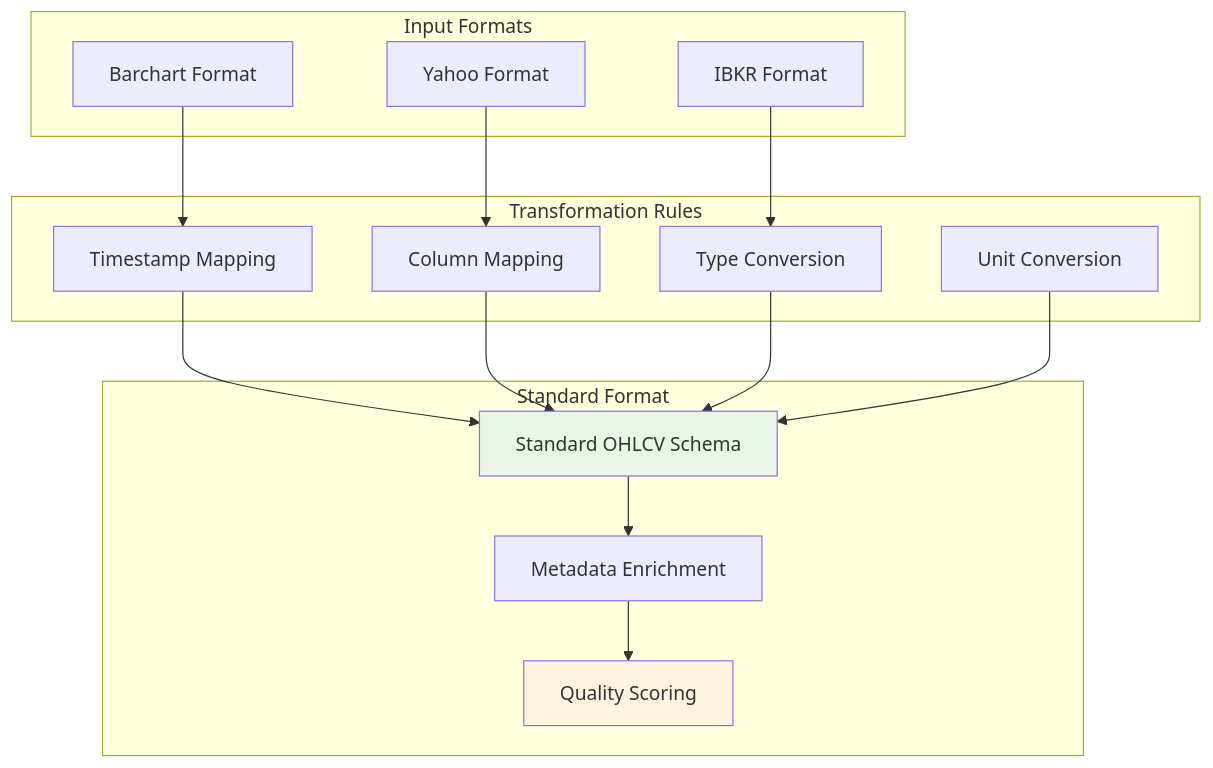
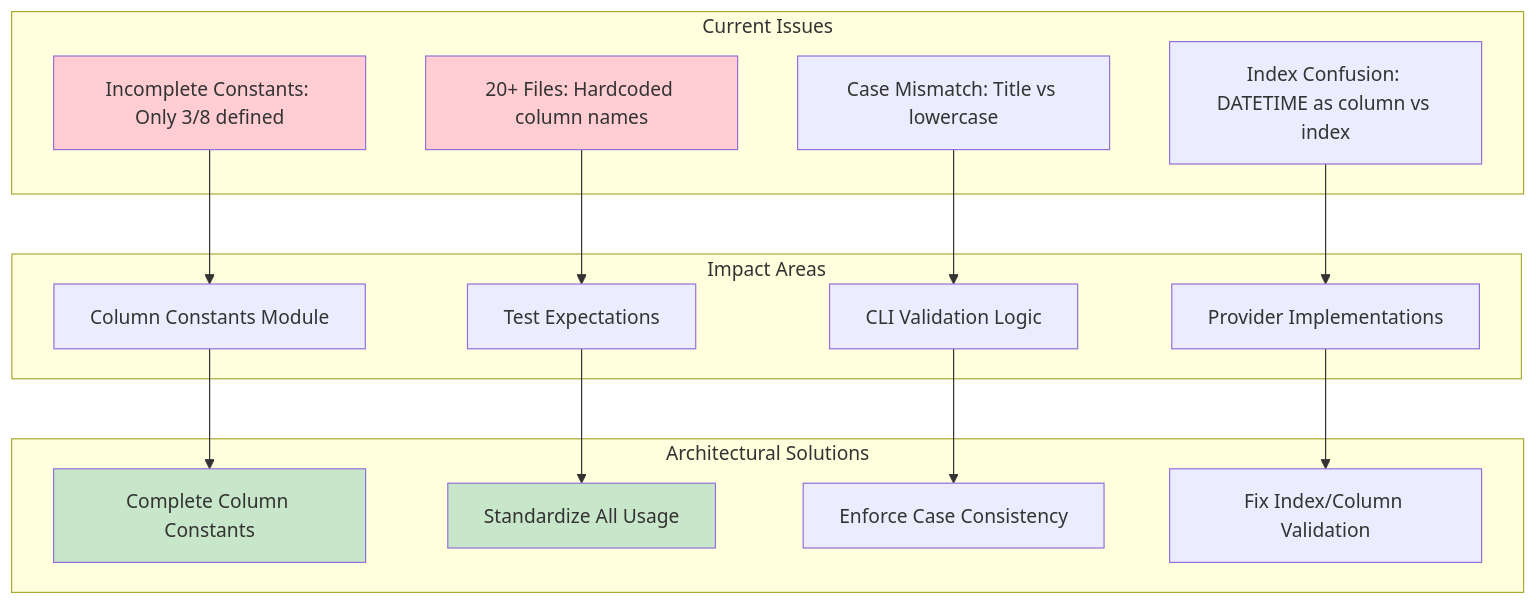
One commit to makutaku/vortex changed the sixth of 9 diagrams in docs/design/hld/03-data-flow-design.md. Above: the diagram before and after it, drawn with Mermaid. The commit also changed other lines of this file and 2 other files, not shown here.

First line of the commit message:
Update PRD and HLD with comprehensive column name standardization requirements

````diff
--- a/docs/design/hld/03-data-flow-design.md
+++ b/docs/design/hld/03-data-flow-design.md
@@ -258,36 +357,38 @@
 ```mermaid
 graph TB
-    subgraph "Input Formats"
-        BCFormat[Barchart Format]
-        YFormat[Yahoo Format]
-        IBFormat[IBKR Format]
+    subgraph "Current Issues"
+        Incomplete[Incomplete Constants: Only 3/8 defined]
+        Hardcoded[20+ Files: Hardcoded column names]
+        CaseIssue[Case Mismatch: Title vs lowercase]
+        IndexIssue[Index Confusion: DATETIME as column vs index]
     end
     
-    subgraph "Transformation Rules"
-        TimeMap[Timestamp Mapping]
-        ColMap[Column Mapping]
-        TypeConv[Type Conversion]
-        UnitConv[Unit Conversion]
+    subgraph "Impact Areas"
+        Validation[CLI Validation Logic]
+        Testing[Test Expectations]
+        Providers[Provider Implementations]
+        Constants[Column Constants Module]
     end
     
-    subgraph "Standard Format"
-        Schema[Standard OHLCV Schema]
-        Meta[Metadata Enrichment]
-        Quality[Quality Scoring]
+    subgraph "Architectural Solutions"
+        CompleteConstants[Complete Column Constants]
+        StandardizeUsage[Standardize All Usage]
+        CaseConsistency[Enforce Case Consistency]
+        ProperValidation[Fix Index/Column Validation]
     end
     
-    BCFormat --> TimeMap
-    YFormat --> ColMap
-    IBFormat --> TypeConv
+    Incomplete --> Constants
+    Hardcoded --> Testing
+    CaseIssue --> Validation
+    IndexIssue --> Providers
     
-    TimeMap --> Schema
-    ColMap --> Schema
-    TypeConv --> Schema
-    UnitConv --> Schema
+    Constants --> CompleteConstants
+    Testing --> StandardizeUsage
+    Validation --> CaseConsistency
+    Providers --> ProperValidation
     
-    Schema --> Meta
-    Meta --> Quality
-    
-    style Schema fill:#e8f5e8
-    style Quality fill:#fff3e0
+    style Incomplete fill:#ffcdd2
+    style Hardcoded fill:#ffcdd2
+    style CompleteConstants fill:#c8e6c9
+    style StandardizeUsage fill:#c8e6c9
 ```
````
